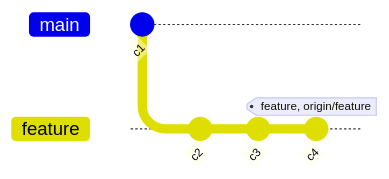
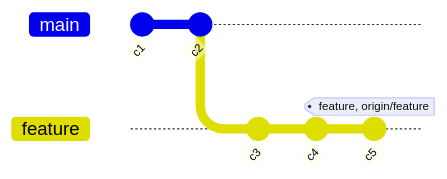
The tenth of 36 diagrams in articles/git_20250824.md (suwa-sh/zenn-contents), drawn with Mermaid before and after one commit. The commit also changed other lines of this file, not shown here.

````diff
--- a/articles/git_20250824.md
+++ b/articles/git_20250824.md
@@ -295,9 +301,10 @@
     ```mermaid
     gitGraph
         commit id: "c1"
+        commit id: "c2"
         branch feature
         checkout feature
-        commit id: "c2"
         commit id: "c3"
-        commit id: "c4" tag: "feature, origin/feature"
+        commit id: "c4"
+        commit id: "c5" tag: "feature, origin/feature"
     ```
````
